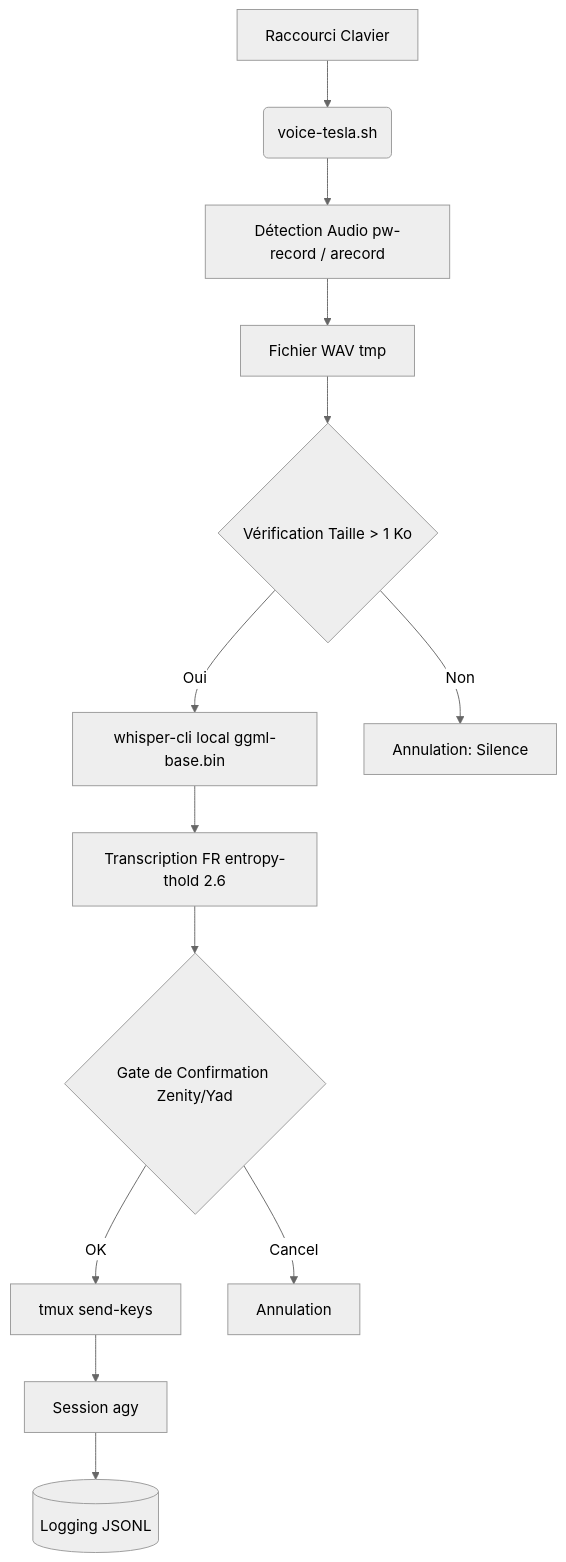
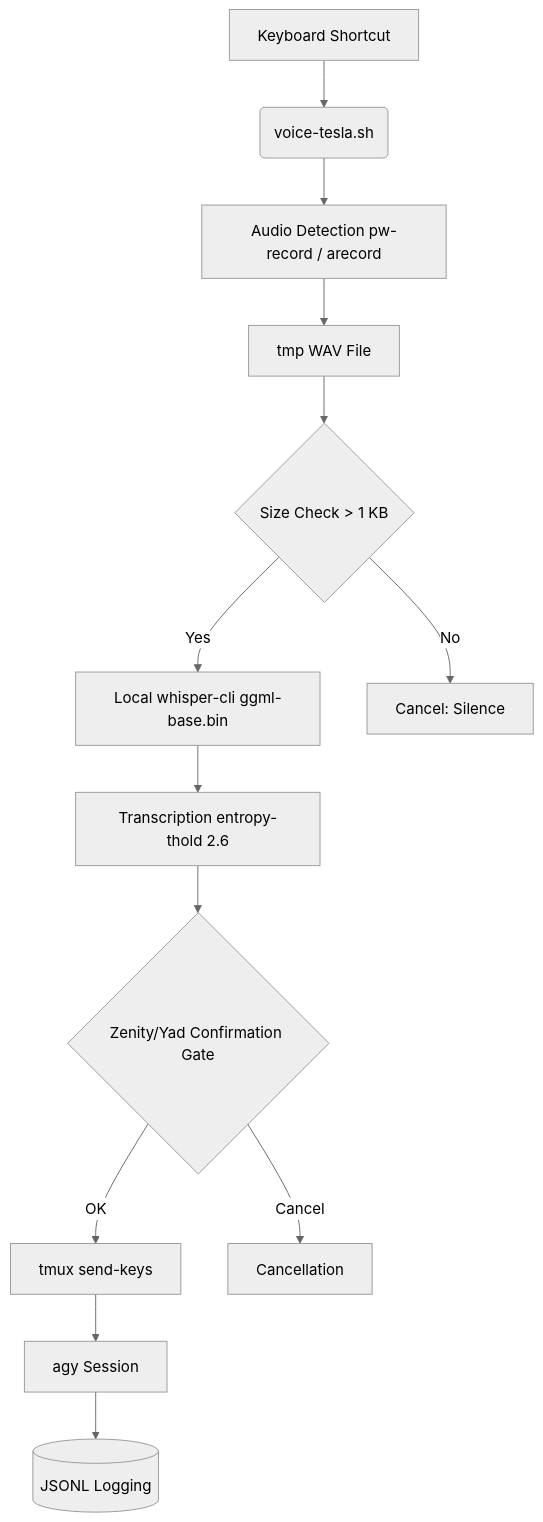
One commit to lordmahonheim-bot/Tesla-Antigravity-CLI changed the diagram in 35-Voice-Tesla/README.md. Above: the diagram before and after it, drawn with Mermaid (neutral theme). The commit also changed other lines of this file, not shown here.

Commit message:
docs(voice-tesla): translate MVP documentation to strict English

````diff
--- a/35-Voice-Tesla/README.md
+++ b/35-Voice-Tesla/README.md
@@ -42,15 +42,15 @@
 ```mermaid
 flowchart TD
-    A[Raccourci Clavier] --> B(voice-tesla.sh)
-    B --> C[Détection Audio pw-record / arecord]
-    C --> D[Fichier WAV tmp]
-    D --> E{Vérification Taille > 1 Ko}
-    E -->|Oui| F[whisper-cli local ggml-base.bin]
-    E -->|Non| Z[Annulation: Silence]
-    F --> G[Transcription FR entropy-thold 2.6]
-    G --> H{Gate de Confirmation Zenity/Yad}
+    A[Keyboard Shortcut] --> B(voice-tesla.sh)
+    B --> C[Audio Detection pw-record / arecord]
+    C --> D[tmp WAV File]
+    D --> E{Size Check > 1 KB}
+    E -->|Yes| F[Local whisper-cli ggml-base.bin]
+    E -->|No| Z[Cancel: Silence]
+    F --> G[Transcription entropy-thold 2.6]
+    G --> H{Zenity/Yad Confirmation Gate}
     H -->|OK| I[tmux send-keys]
-    H -->|Cancel| Y[Annulation]
-    I --> J[Session agy]
-    J --> K[(Logging JSONL)]
+    H -->|Cancel| Y[Cancellation]
+    I --> J[agy Session]
+    J --> K[(JSONL Logging)]
 ```
````
